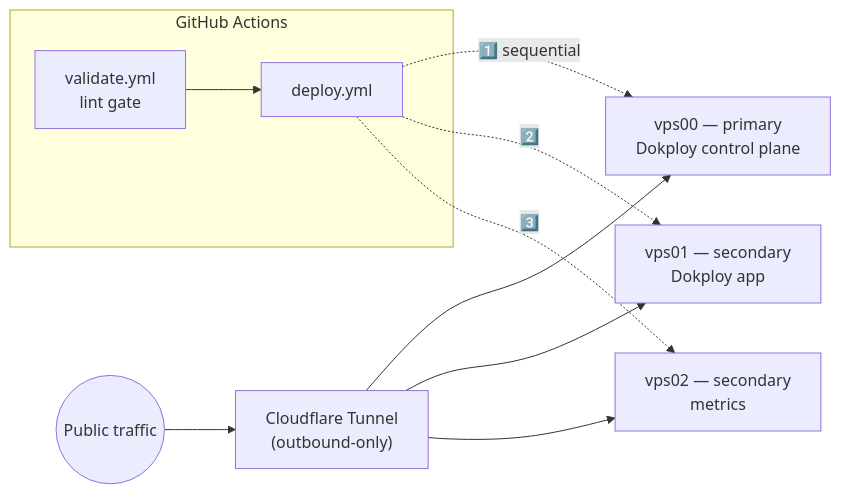
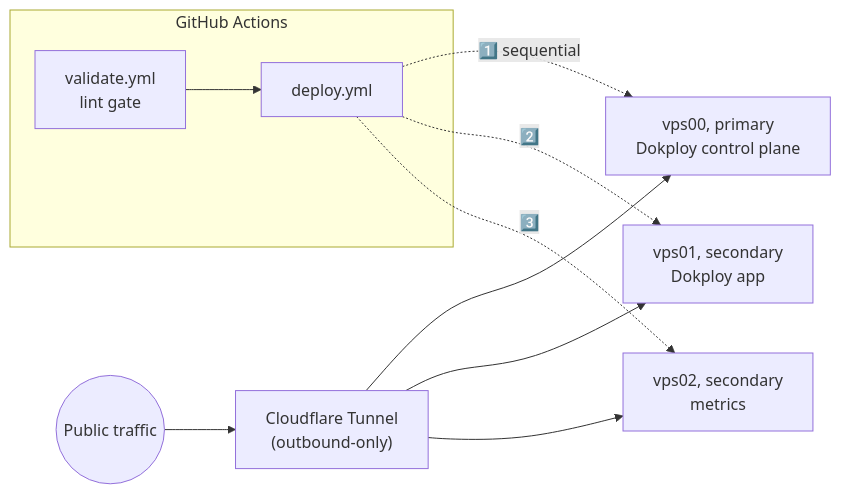
The diagram in README.md (nineW0nW0n/homelab-but-the-home-is-silent), drawn with Mermaid before and after one commit. The commit also changed other lines of this file and 27 other files, not shown here.

````diff
--- a/README.md
+++ b/README.md
@@ -39,15 +40,15 @@
 ```mermaid
 flowchart LR
     internet(("Public traffic")) --> tunnel["Cloudflare Tunnel\n(outbound-only)"]
-    tunnel --> vps00["vps00 — primary\nDokploy control plane"]
-    tunnel --> vps01["vps01 — secondary\nDokploy app"]
-    tunnel --> vps02["vps02 — secondary\nmetrics"]
+    tunnel --> vps00["vps00, primary\nDokploy control plane"]
+    tunnel --> vps01["vps01, secondary\nDokploy app"]
+    tunnel --> vps02["vps02, secondary\nmetrics"]
 
     subgraph ci["GitHub Actions"]
         validate["validate.yml\nlint gate"] --> deploy["deploy.yml"]
     end
 
     deploy -. "1️⃣ sequential" .-> vps00
     deploy -. "2️⃣" .-> vps01
     deploy -. "3️⃣" .-> vps02
 ```
````
